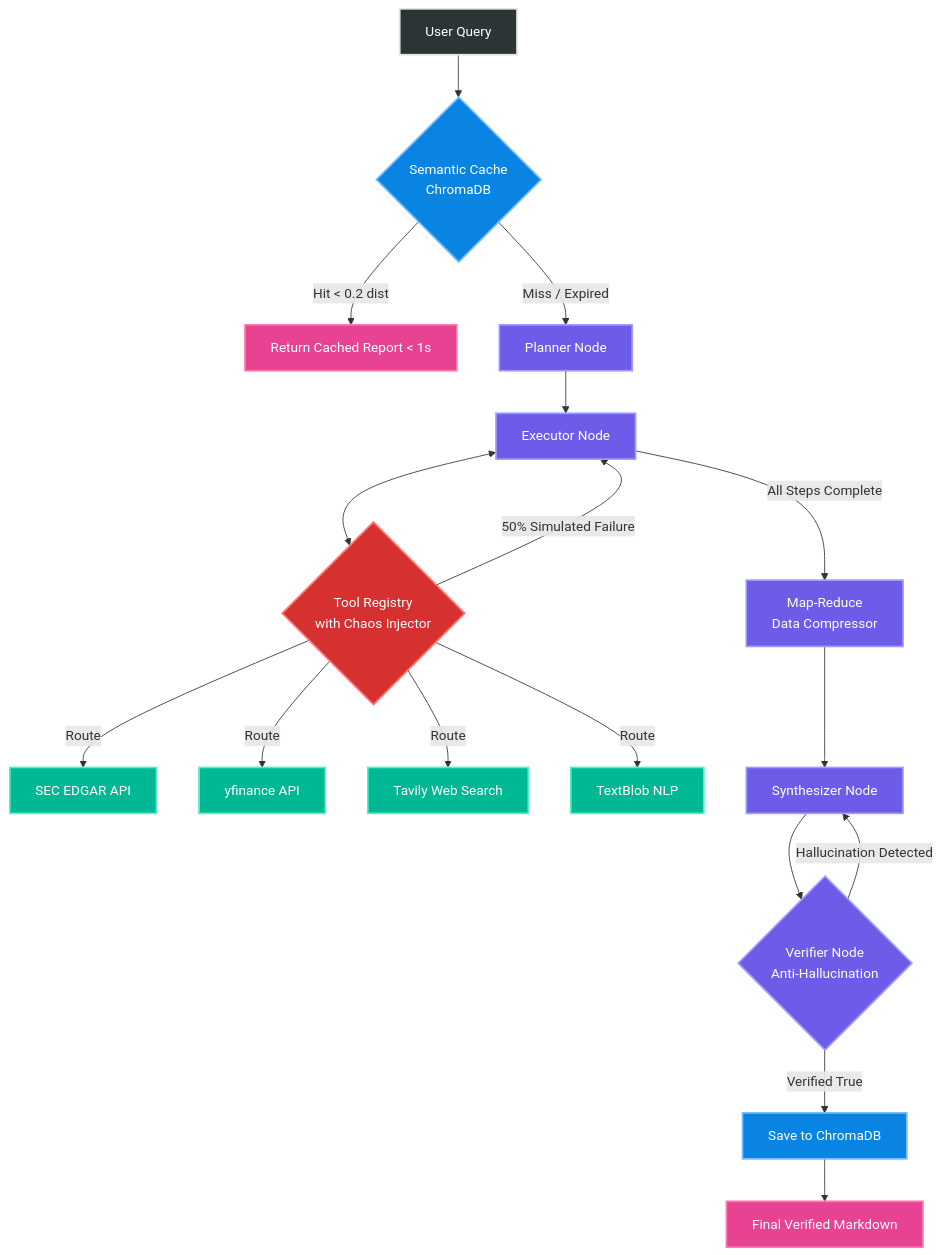
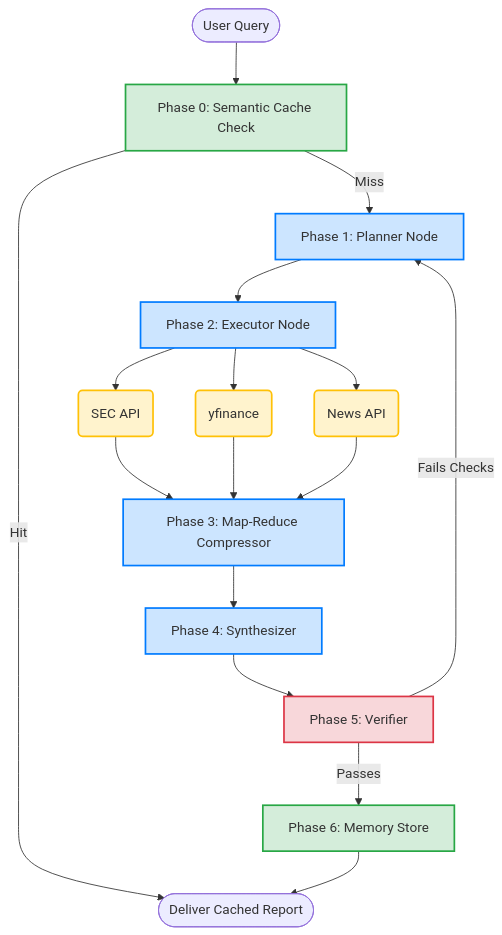
One commit to Paragiscool/Autonomous-Financial-Research-Agent changed the second of 3 diagrams in README.md. Above: the diagram before and after it, drawn with Mermaid. The commit also changed other lines of this file, not shown here.

Commit message:
docs: overhaul README with layman terms and Mermaid diagrams

````diff
--- a/README.md
+++ b/README.md
@@ -13,35 +26,29 @@
 ```mermaid
 graph TD
-    %% Define Node Styles
-    classDef user fill:#2d3436,stroke:#dfe6e9,stroke-width:2px,color:#fff;
-    classDef memory fill:#0984e3,stroke:#74b9ff,stroke-width:2px,color:#fff;
-    classDef core fill:#6c5ce7,stroke:#a29bfe,stroke-width:2px,color:#fff;
-    classDef tools fill:#00b894,stroke:#55efc4,stroke-width:2px,color:#fff;
-    classDef chaos fill:#d63031,stroke:#ff7675,stroke-width:2px,color:#fff;
-    classDef final fill:#e84393,stroke:#fd79a8,stroke-width:2px,color:#fff;
+    %% Define Styles
+    classDef memory fill:#d4edda,stroke:#28a745,stroke-width:2px;
+    classDef brain fill:#cce5ff,stroke:#007bff,stroke-width:2px;
+    classDef tool fill:#fff3cd,stroke:#ffc107,stroke-width:2px;
+    classDef check fill:#f8d7da,stroke:#dc3545,stroke-width:2px;
 
-    %% Graph Flow
-    A[User Query]:::user --> B{Semantic Cache <br> ChromaDB}:::memory
-    B -- Hit < 0.2 dist --> Z[Return Cached Report < 1s]:::final
-    B -- Miss / Expired --> C[Planner Node]:::core
+    Query([User Query]) --> Cache[Phase 0: Semantic Cache Check]:::memory
+    Cache -- Miss --> Plan[Phase 1: Planner Node]:::brain
+    Cache -- Hit --> Output([Deliver Cached Report])
     
-    C --> D[Executor Node]:::core
-    D <--> E{Tool Registry <br> with Chaos Injector}:::chaos
+    Plan --> Exec[Phase 2: Executor Node]:::brain
     
-    %% Tools
-    E -->|Route| T1[SEC EDGAR API]:::tools
-    E -->|Route| T2[yfinance API]:::tools
-    E -->|Route| T3[Tavily Web Search]:::tools
-    E -->|Route| T4[TextBlob NLP]:::tools
+    Exec --> T1(SEC API):::tool
+    Exec --> T2(yfinance):::tool
+    Exec --> T3(News API):::tool
     
-    %% Loop back
-    E -- 50% Simulated Failure --> D
+    T1 --> Comp[Phase 3: Map-Reduce Compressor]:::brain
+    T2 --> Comp
+    T3 --> Comp
     
-    D -- All Steps Complete --> F[Map-Reduce <br> Data Compressor]:::core
-    F --> G[Synthesizer Node]:::core
-    G --> H{Verifier Node <br> Anti-Hallucination}:::core
+    Comp --> Synth[Phase 4: Synthesizer]:::brain
+    Synth --> Verif[Phase 5: Verifier]:::check
     
-    H -- Hallucination Detected --> G
-    H -- Verified True --> I[Save to ChromaDB]:::memory
-    I --> J[Final Verified Markdown]:::final
+    Verif -- Fails Checks --> Plan
+    Verif -- Passes --> Save[Phase 6: Memory Store]:::memory
+    Save --> Output
 ```
````
